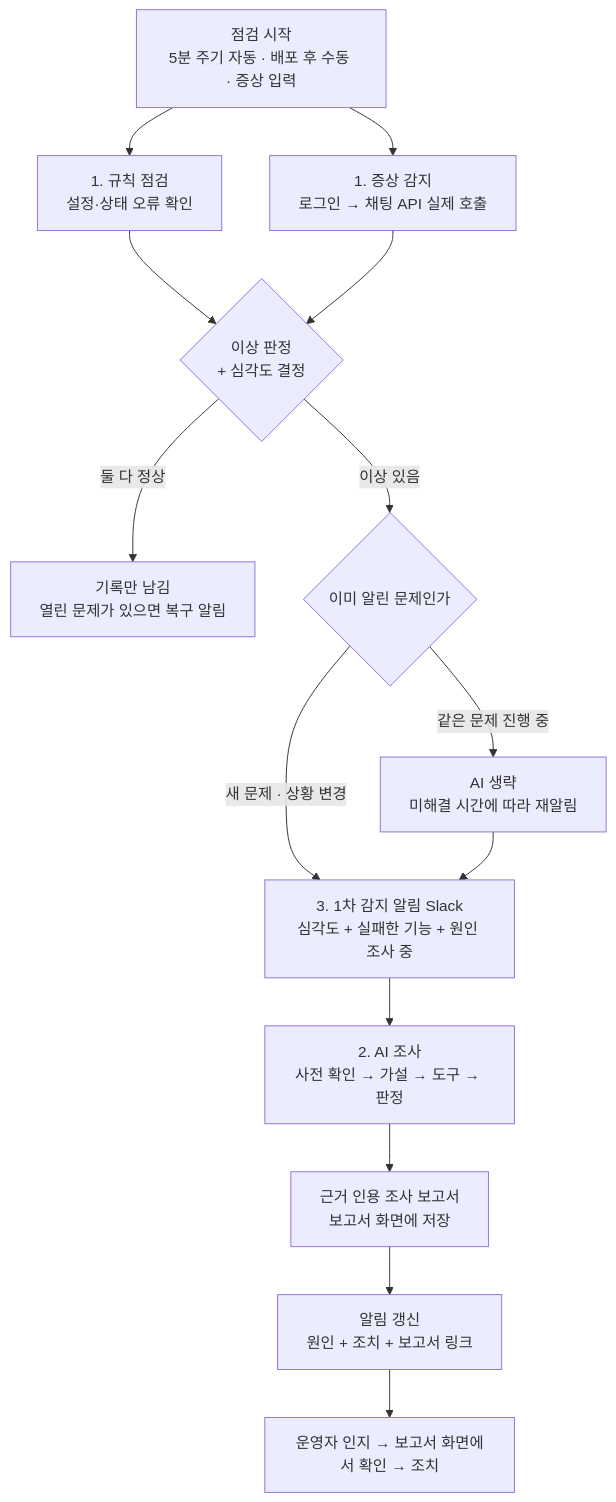
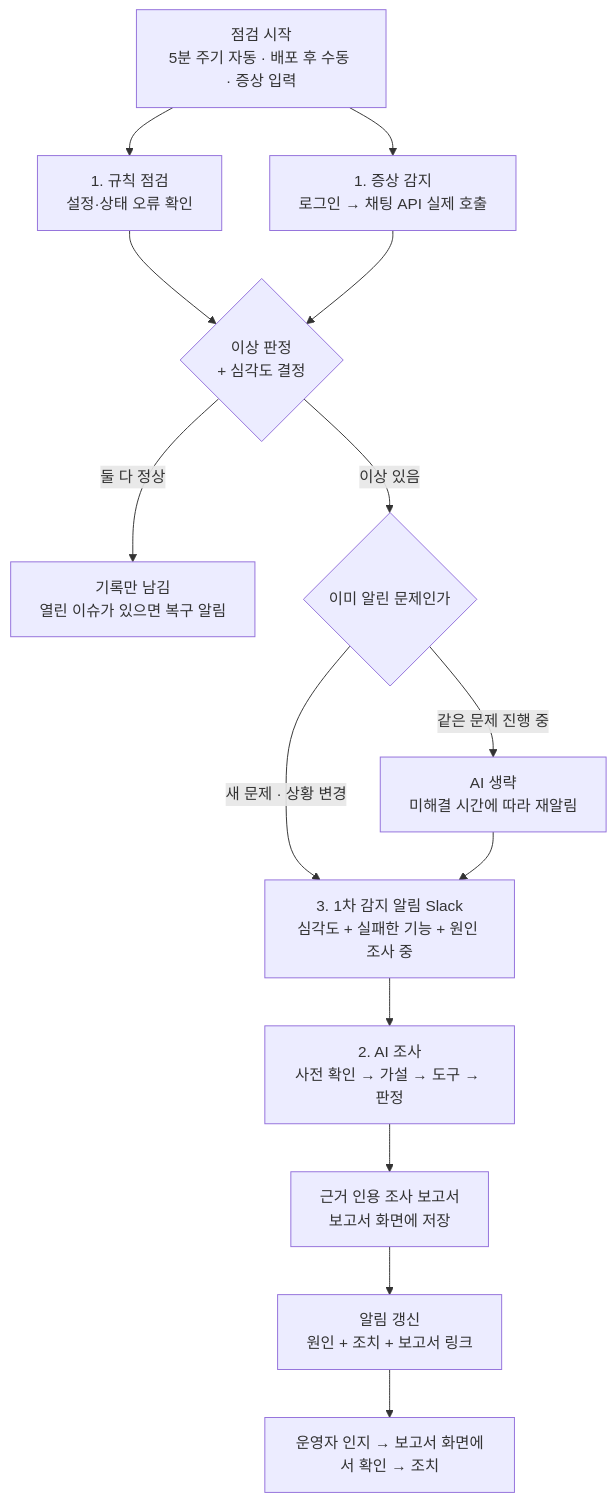
One commit to skax-jihyeryu/KubeGuardian changed the second of 2 diagrams in docs/산출물/02-문제정의및서비스기획.md. Above: the diagram before and after it, drawn with Mermaid.

Commit message:
docs(deliverables): 산출물 02의 복구 알림 표현을 이슈로 통일
Refs #99

````diff
--- a/docs/산출물/02-문제정의및서비스기획.md
+++ b/docs/산출물/02-문제정의및서비스기획.md
@@ -143,16 +143,16 @@
 ```mermaid
 flowchart TB
     T[점검 시작<br/>5분 주기 자동 · 배포 후 수동 · 증상 입력] --> R[1. 규칙 점검<br/>설정·상태 오류 확인]
     T --> S[1. 증상 감지<br/>로그인 → 채팅 API 실제 호출]
     R --> G{이상 판정<br/>+ 심각도 결정}
     S --> G
-    G -->|둘 다 정상| OK[기록만 남김<br/>열린 문제가 있으면 복구 알림]
+    G -->|둘 다 정상| OK[기록만 남김<br/>열린 이슈가 있으면 복구 알림]
     G -->|이상 있음| D{이미 알린 문제인가}
     D -->|새 문제 · 상황 변경| N1[3. 1차 감지 알림 Slack<br/>심각도 + 실패한 기능 + 원인 조사 중]
     N1 --> AI[2. AI 조사<br/>사전 확인 → 가설 → 도구 → 판정]
     D -->|같은 문제 진행 중| RM[AI 생략<br/>미해결 시간에 따라 재알림]
     AI --> REP[근거 인용 조사 보고서<br/>보고서 화면에 저장]
     REP --> N[알림 갱신<br/>원인 + 조치 + 보고서 링크]
     RM --> N1
     N --> K[운영자 인지 → 보고서 화면에서 확인 → 조치]
 ```
````
